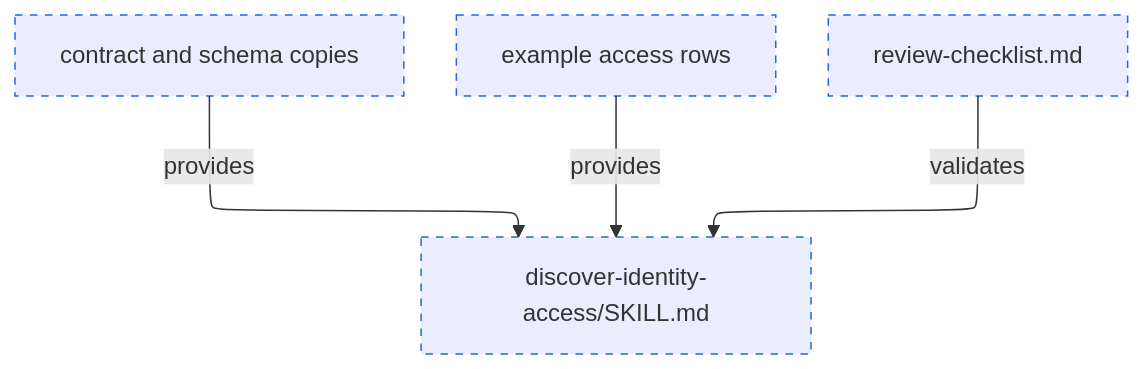
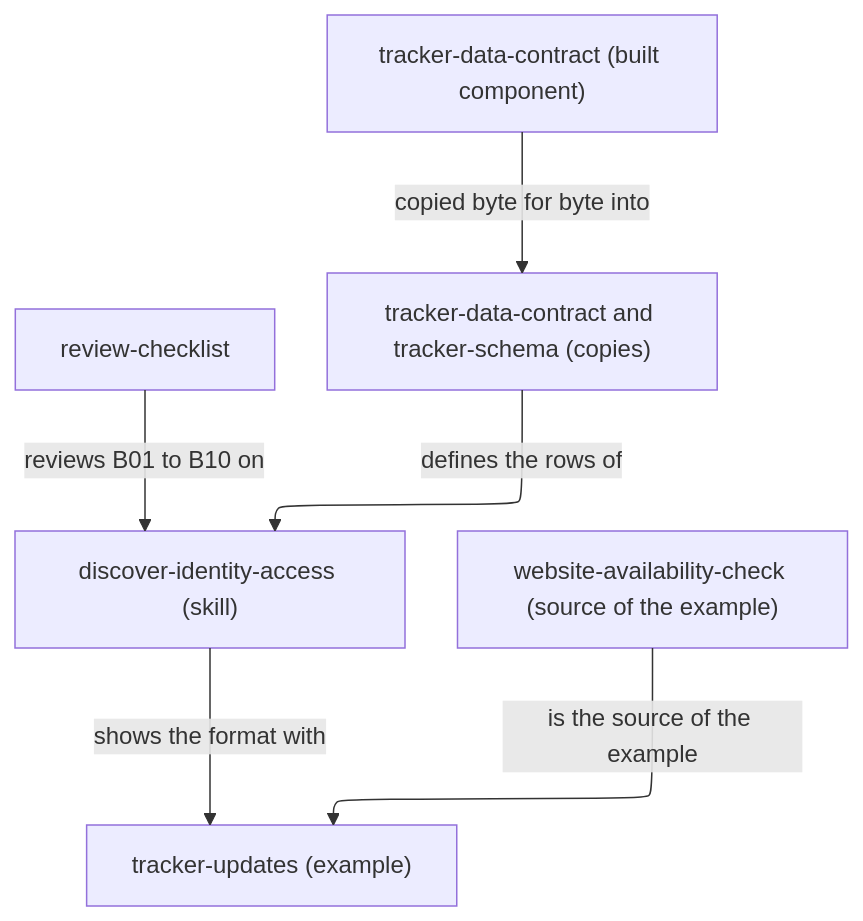
Before and after one commit to vrparthasarathy/migration-job-discovery: the diagram in identity-access-discovery/README.md, drawn with Mermaid. The commit also changed other lines of this file and 117 other files, not shown here.

````diff
--- a/identity-access-discovery/README.md
+++ b/identity-access-discovery/README.md
@@ -54,16 +33,25 @@
 ```mermaid
 ---
 config:
   layout: elk
 ---
 %%{init: {"securityLevel": "loose"}}%%
 flowchart TB
-  skill["discover-identity-access/SKILL.md"]:::planned
-  copy["contract and schema copies"]:::planned
-  ex["example access rows"]:::planned
-  chk["review-checklist.md"]:::planned
-  copy -->|"provides"| skill
-  ex -->|"provides"| skill
-  chk -->|"validates"| skill
-  classDef planned stroke-dasharray: 5 5,stroke:#2563eb
+  chk["review-checklist"]
+  skill["discover-identity-access (skill)"]
+  copy["tracker-data-contract and tracker-schema (copies)"]
+  ex["tracker-updates (example)"]
+  contract["tracker-data-contract (built component)"]
+  site["website-availability-check (source of the example)"]
+  click chk "review-checklist.md"
+  click skill "discover-identity-access/SKILL.md"
+  click copy "discover-identity-access/tracker-data-contract.md"
+  click ex "discover-identity-access/tracker-updates.csv"
+  click contract "../tracker-data-contract/README.md"
+  click site "../website-availability-check/README.md"
+  contract -->|"copied byte for byte into"| copy
+  copy -->|"defines the rows of"| skill
+  skill -->|"shows the format with"| ex
+  site -->|"is the source of the example"| ex
+  chk -->|"reviews B01 to B10 on"| skill
 ```
````
